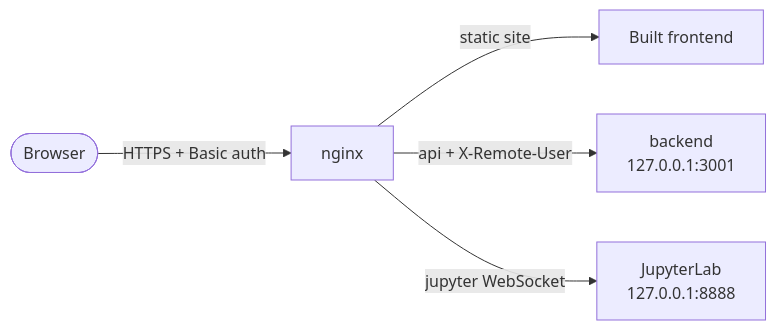
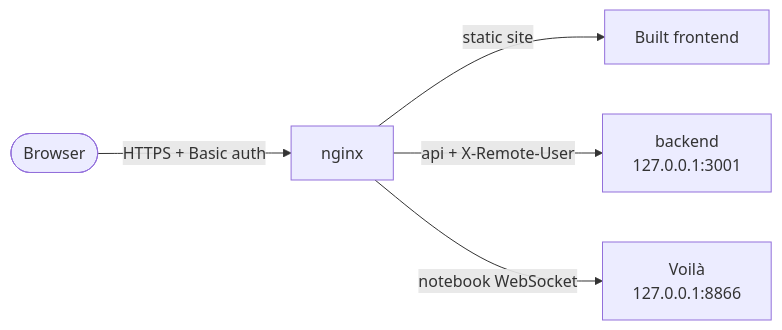
Before and after one commit to openEDI/oedisi: the diagram in docs/advanced/deployment.md, drawn with Mermaid. The commit also changed other lines of this file and 3 other files, not shown here.

````diff
--- a/docs/advanced/deployment.md
+++ b/docs/advanced/deployment.md
@@ -35,7 +35,7 @@
 ```{mermaid}
 flowchart LR
   User([Browser]) -->|HTTPS + Basic auth| N[nginx]
   N -->|static site| Static[Built frontend]
   N -->|api + X-Remote-User| API["backend<br/>127.0.0.1:3001"]
-  N -->|jupyter WebSocket| J["JupyterLab<br/>127.0.0.1:8888"]
+  N -->|notebook WebSocket| V["Voilà<br/>127.0.0.1:8866"]
 ```
````
